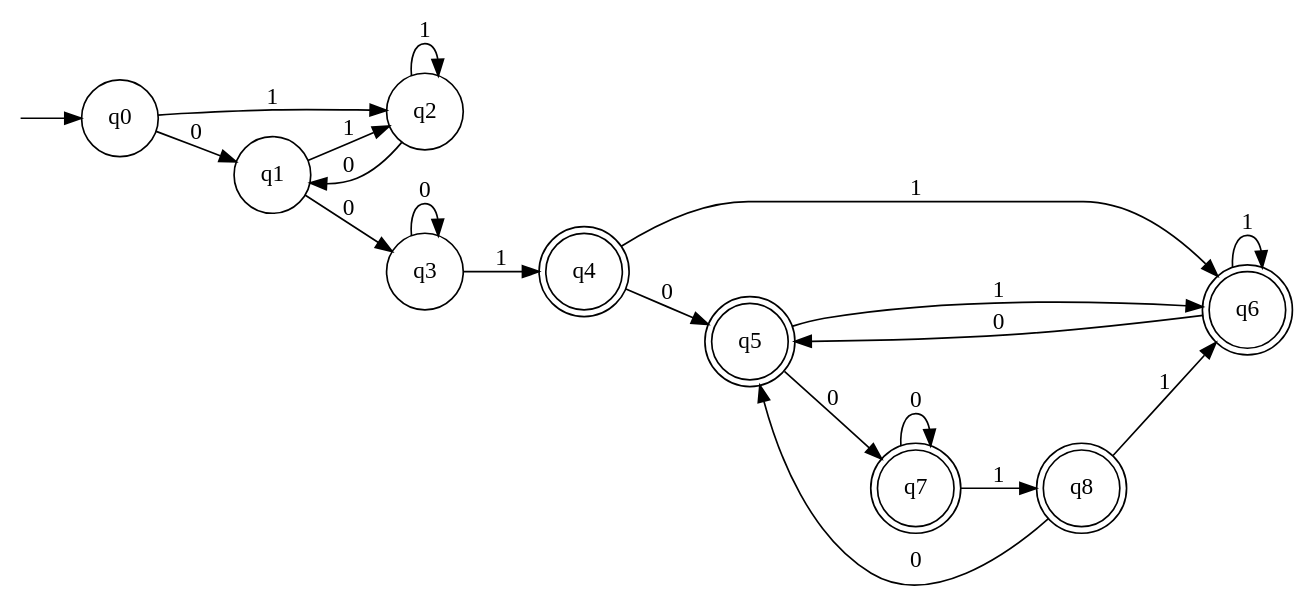
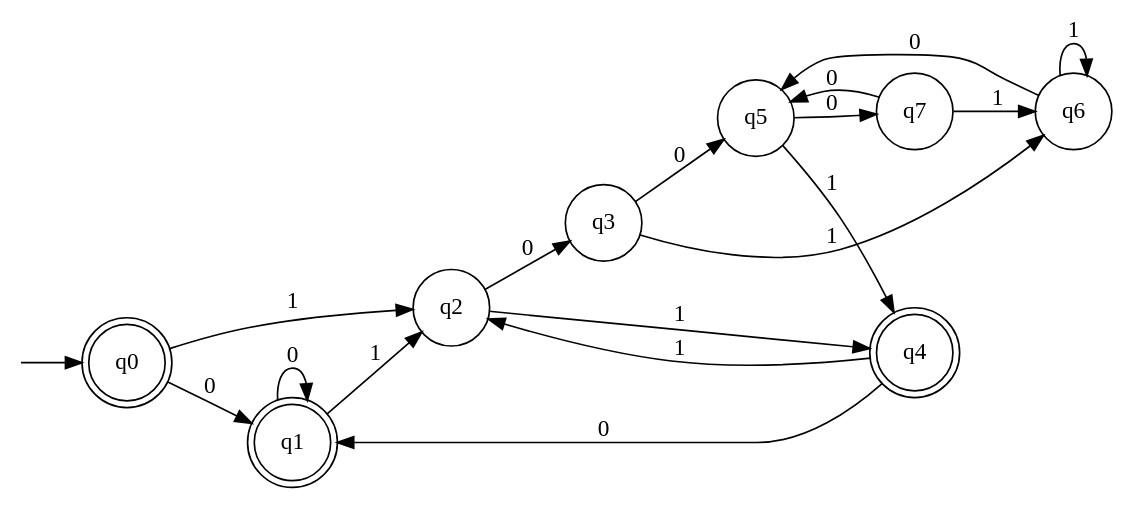
One commit to water-mizuu/finite_automata_conversion changed the diagram in dfa.dot. Above: the diagram before and after it, drawn with Graphviz. The commit also changed 8 other files, not shown here.

```diff
--- a/dfa.dot
+++ b/dfa.dot
@@ -1,32 +1,29 @@
 digraph G {
   rankdir=LR;
   n__ [label="" shape=none width=.0];
-  0 [shape=circle label="q0"]
-  1 [shape=circle label="q1"]
+  0 [shape=doublecircle label="q0"]
+  1 [shape=doublecircle label="q1"]
   2 [shape=circle label="q2"]
   3 [shape=circle label="q3"]
   4 [shape=doublecircle label="q4"]
-  5 [shape=doublecircle label="q5"]
-  6 [shape=doublecircle label="q6"]
-  7 [shape=doublecircle label="q7"]
-  8 [shape=doublecircle label="q8"]
+  5 [shape=circle label="q5"]
+  6 [shape=circle label="q6"]
+  7 [shape=circle label="q7"]
   n__ -> 0;
   0 -> 1 [label="0"]
   0 -> 2 [label="1"]
-  1 -> 3 [label="0"]
+  1 -> 1 [label="0"]
   1 -> 2 [label="1"]
-  2 -> 1 [label="0"]
-  2 -> 2 [label="1"]
-  3 -> 3 [label="0"]
-  3 -> 4 [label="1"]
-  4 -> 5 [label="0"]
-  4 -> 6 [label="1"]
+  2 -> 3 [label="0"]
+  2 -> 4 [label="1"]
+  3 -> 5 [label="0"]
+  3 -> 6 [label="1"]
+  4 -> 1 [label="0"]
+  4 -> 2 [label="1"]
   5 -> 7 [label="0"]
-  5 -> 6 [label="1"]
+  5 -> 4 [label="1"]
   6 -> 5 [label="0"]
   6 -> 6 [label="1"]
-  7 -> 7 [label="0"]
-  7 -> 8 [label="1"]
-  8 -> 5 [label="0"]
-  8 -> 6 [label="1"]
+  7 -> 5 [label="0"]
+  7 -> 6 [label="1"]
 }
```
